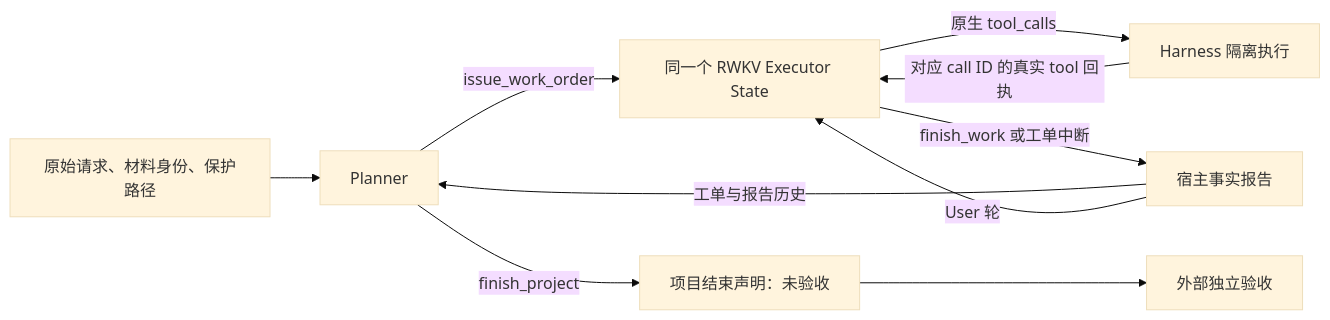
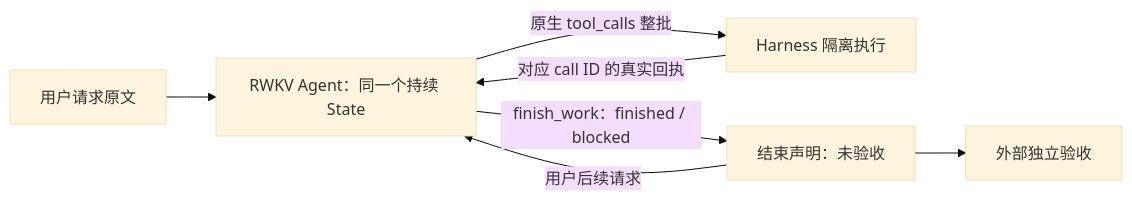
Before and after one commit to rwkv-rs/RWKV-LH: the diagram in docs/ARCHITECTURE.zh-CN.md, drawn with Mermaid (base theme). The commit also changed other lines of this file and 45 other files, not shown here.

````diff
--- a/docs/ARCHITECTURE.zh-CN.md
+++ b/docs/ARCHITECTURE.zh-CN.md
@@ -9,12 +13,9 @@
 ```mermaid
 flowchart LR
-    U[原始请求、材料身份、保护路径] --> P[Planner]
-    P -->|issue_work_order| E[同一个 RWKV Executor State]
-    E -->|原生 tool_calls| T[Harness 隔离执行]
-    T -->|对应 call ID 的真实 tool 回执| E
-    E -->|finish_work 或工单中断| H[宿主事实报告]
-    H -->|工单与报告历史| P
-    H -->|User 轮| E
-    P -->|finish_project| F[项目结束声明：未验收]
-    F --> V[外部独立验收]
+    U[用户请求原文] --> A[RWKV Agent：同一个持续 State]
+    A -->|原生 tool_calls 整批| T[Harness 隔离执行]
+    T -->|对应 call ID 的真实回执| A
+    A -->|finish_work：finished / blocked| D[结束声明：未验收]
+    D -->|用户后续请求| A
+    D --> V[外部独立验收]
 ```
````
